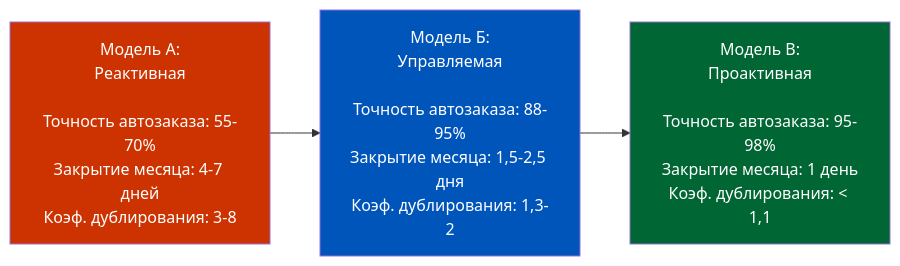
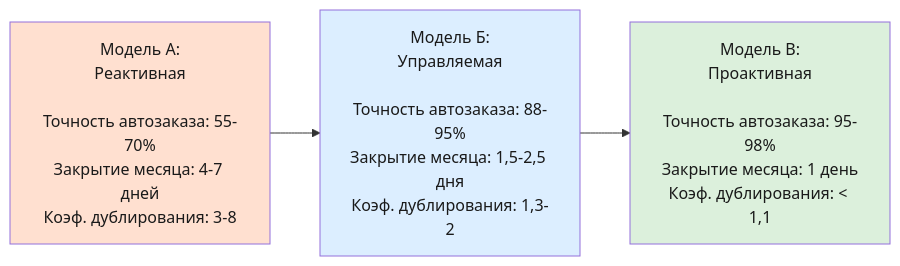
One commit to murad1986/1c-erp-quartz changed the seventh of 9 diagrams in content/1c-erp/week_2/Неделя 2 - День 7 - История грязных НСИ.md. Above: the diagram before and after it, drawn with Mermaid. The commit also changed other lines of this file and 57 other files, not shown here.

First line of the commit message:
fix: Mermaid — пастельные цвета в источниках диаграмм (56 файлов)

````diff
--- a/content/1c-erp/week_2/Неделя 2 - День 7 - История грязных НСИ.md
+++ b/content/1c-erp/week_2/Неделя 2 - День 7 - История грязных НСИ.md
@@ -678,9 +678,9 @@
 ```mermaid
 graph LR
     A["Модель А:<br/>Реактивная<br/><br/>Точность автозаказа: 55-70%<br/>Закрытие месяца: 4-7 дней<br/>Коэф. дублирования: 3-8"] --> B["Модель Б:<br/>Управляемая<br/><br/>Точность автозаказа: 88-95%<br/>Закрытие месяца: 1,5-2,5 дня<br/>Коэф. дублирования: 1,3-2"]
     B --> C["Модель В:<br/>Проактивная<br/><br/>Точность автозаказа: 95-98%<br/>Закрытие месяца: 1 день<br/>Коэф. дублирования: < 1,1"]
 
-    style A fill:#CC3300,color:#fff
-    style B fill:#0055BB,color:#fff
-    style C fill:#006633,color:#fff
+    style A fill:#ffe0d0,color:#1a1a1a
+    style B fill:#dceeff,color:#1a1a1a
+    style C fill:#dcf0dc,color:#1a1a1a
 ```
````
